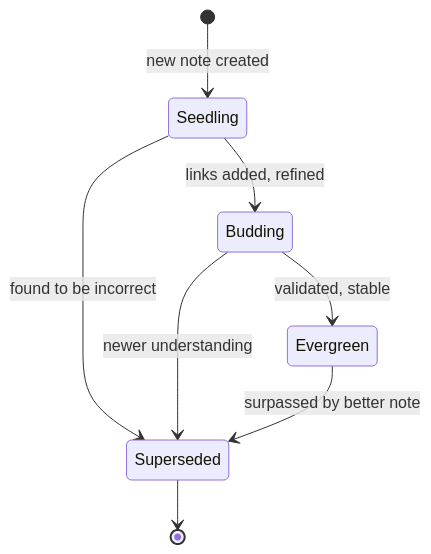
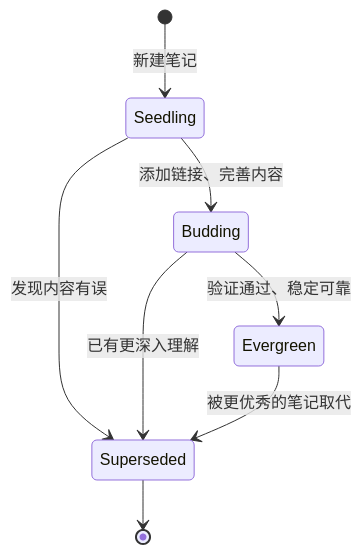
Before and after one commit to hencter/Nova: the diagram in _meta/conventions.md, drawn with Mermaid. The commit also changed other lines of this file and 56 other files, not shown here.

````diff
--- a/_meta/conventions.md
+++ b/_meta/conventions.md
@@ -143,10 +143,10 @@
 ```mermaid
 stateDiagram-v2
-    [*] --> Seedling: new note created
-    Seedling --> Budding: links added, refined
-    Budding --> Evergreen: validated, stable
-    Seedling --> Superseded: found to be incorrect
-    Budding --> Superseded: newer understanding
-    Evergreen --> Superseded: surpassed by better note
+    [*] --> Seedling: 新建笔记
+    Seedling --> Budding: 添加链接、完善内容
+    Budding --> Evergreen: 验证通过、稳定可靠
+    Seedling --> Superseded: 发现内容有误
+    Budding --> Superseded: 已有更深入理解
+    Evergreen --> Superseded: 被更优秀的笔记取代
     Superseded --> [*]
 ```
````
